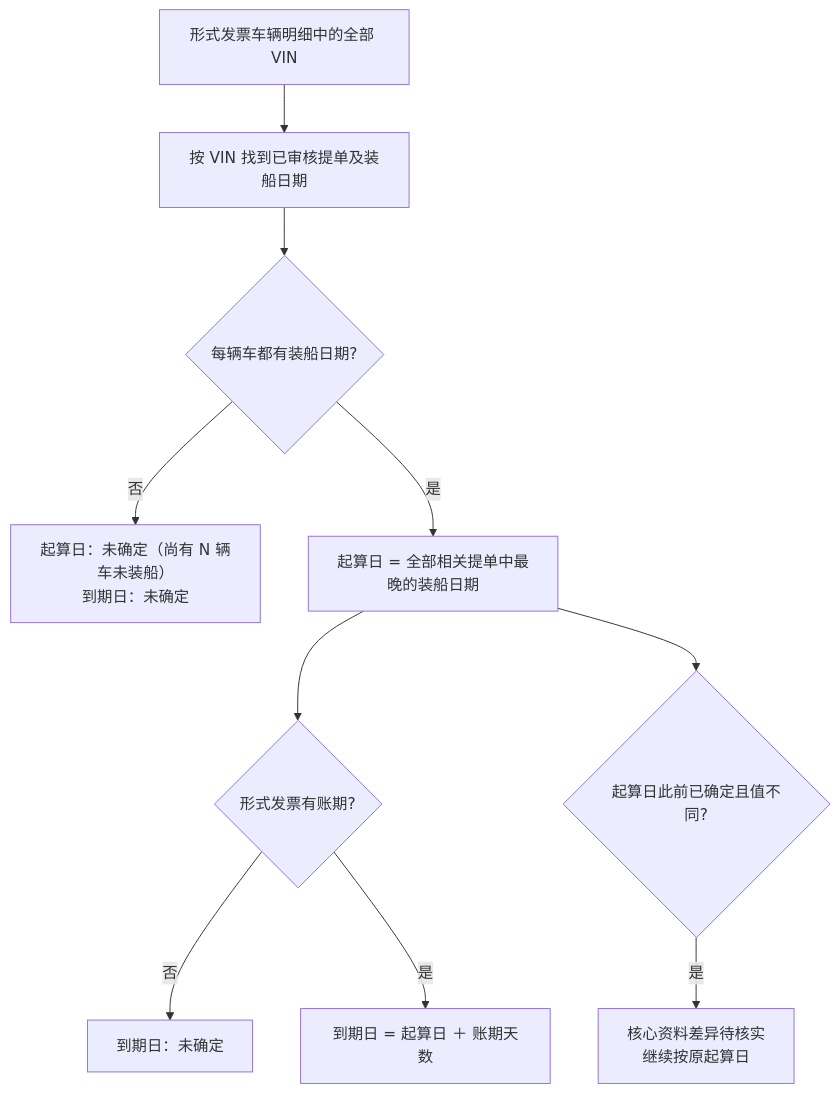
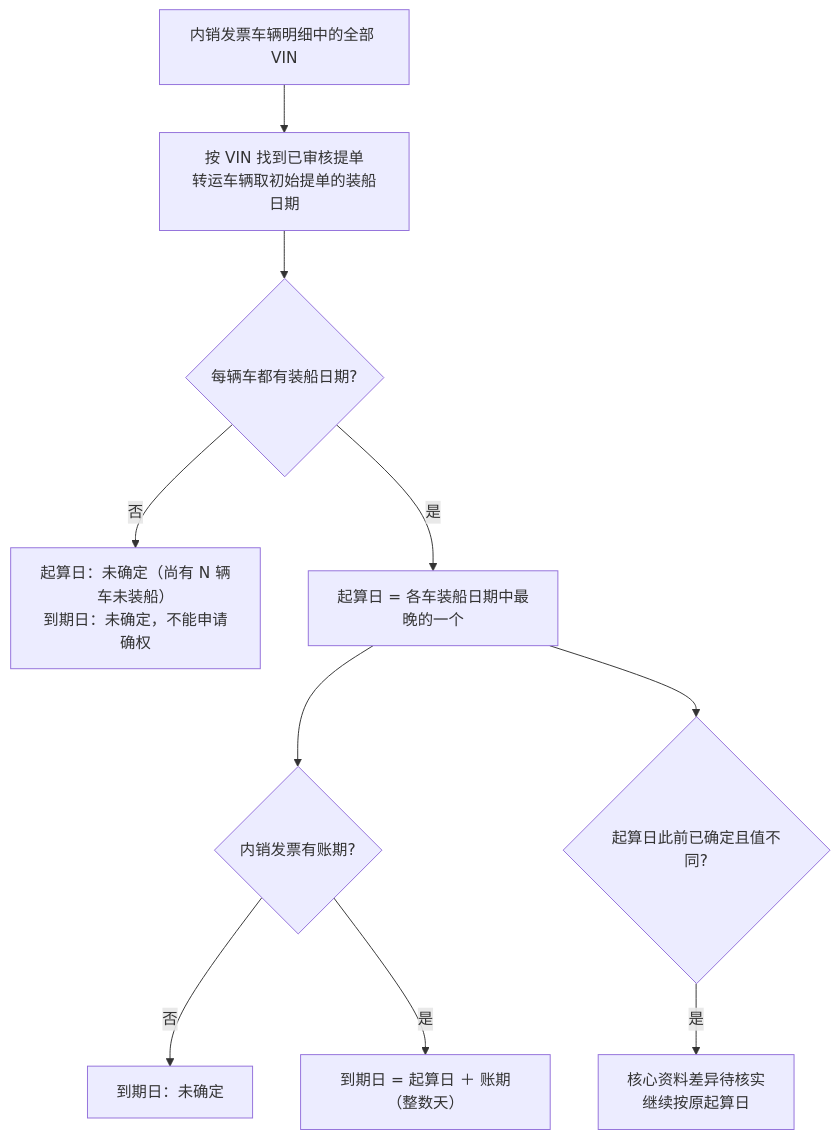
Before and after one commit to wxblockchain/Chain-Financing: the second of 6 diagrams in asset-trust-platform/PRD/两端共用/M3-应收账款与发票/02-应收账款与发票-流程图与状态机.md, drawn with Mermaid. The commit also changed other lines of this file and 3 other files, not shown here.

````diff
--- a/asset-trust-platform/PRD/两端共用/M3-应收账款与发票/02-应收账款与发票-流程图与状态机.md
+++ b/asset-trust-platform/PRD/两端共用/M3-应收账款与发票/02-应收账款与发票-流程图与状态机.md
@@ -43,12 +43,12 @@
 ```mermaid
 flowchart TD
-    A[形式发票车辆明细中的全部 VIN] --> B[按 VIN 找到已审核提单及装船日期]
+    A[内销发票车辆明细中的全部 VIN] --> B[按 VIN 找到已审核提单<br/>转运车辆取初始提单的装船日期]
     B --> C{每辆车都有装船日期?}
-    C -->|否| C1[起算日：未确定（尚有 N 辆车未装船）<br/>到期日：未确定]
-    C -->|是| D[起算日 = 全部相关提单中最晚的装船日期]
-    D --> E{形式发票有账期?}
+    C -->|否| C1[起算日：未确定（尚有 N 辆车未装船）<br/>到期日：未确定，不能申请确权]
+    C -->|是| D[起算日 = 各车装船日期中最晚的一个]
+    D --> E{内销发票有账期?}
     E -->|否| E1[到期日：未确定]
-    E -->|是| F[到期日 = 起算日 ＋ 账期天数]
+    E -->|是| F[到期日 = 起算日 ＋ 账期（整数天）]
     D --> H{起算日此前已确定且值不同?}
     H -->|是| H1[核心资料差异待核实<br/>继续按原起算日]
 ```
````
